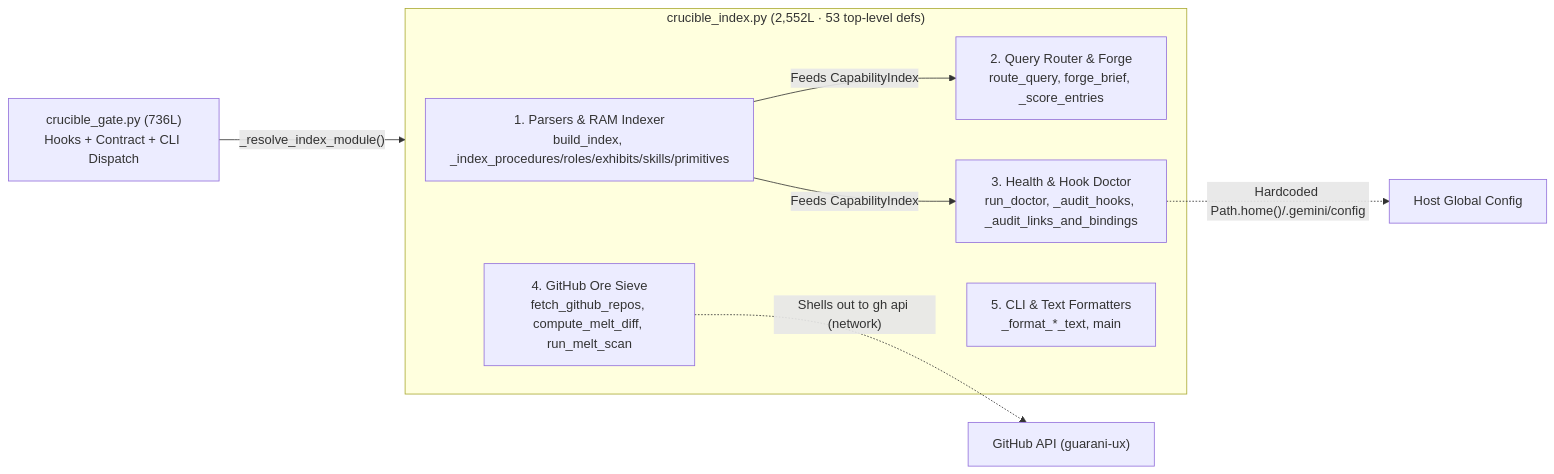
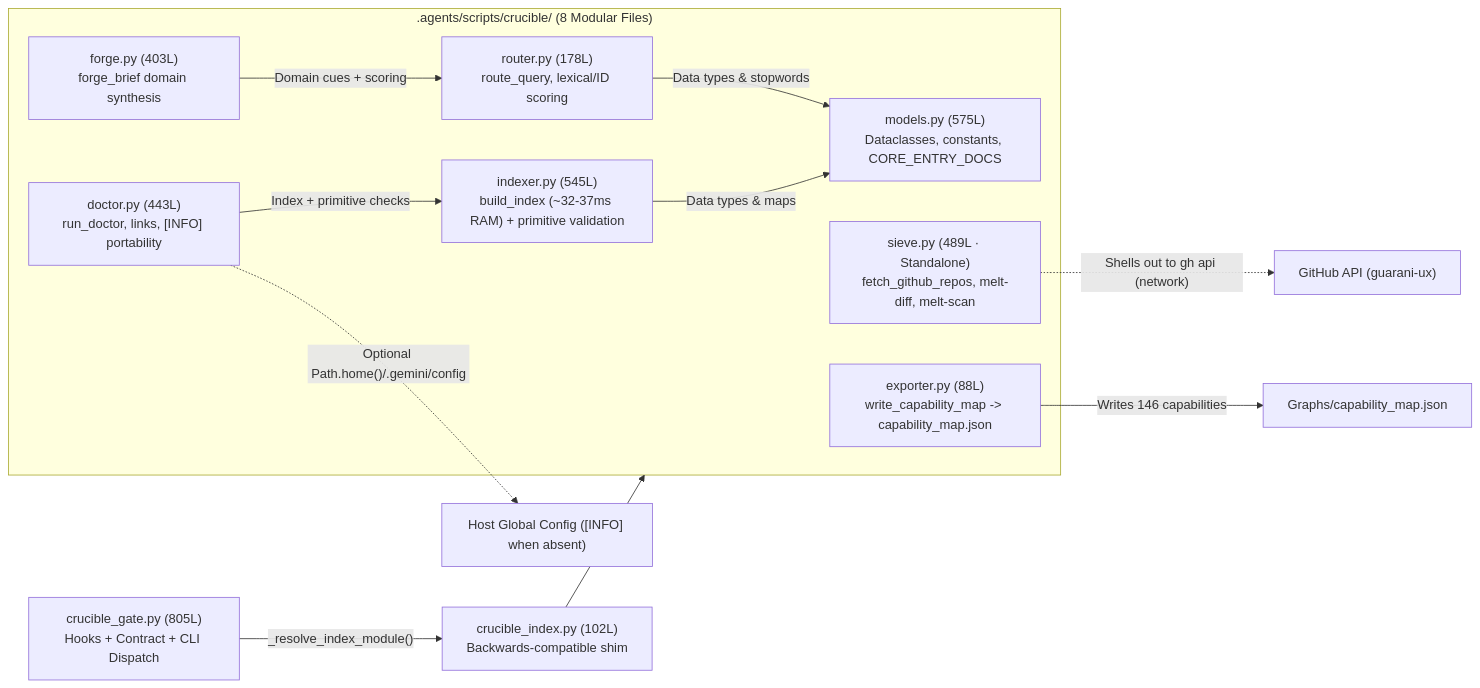
One commit to guarani-ux/Crucible-Domain changed the second of 2 diagrams in Graphs/01_System_Topology_and_Runtime.md. Above: the diagram before and after it, drawn with Mermaid. The commit also changed other lines of this file and 2 other files, not shown here.

Commit message:
Reconcile Graphs/00, 01, 03 with post-refactor architecture and line counts

````diff
--- a/Graphs/01_System_Topology_and_Runtime.md
+++ b/Graphs/01_System_Topology_and_Runtime.md
@@ -53,17 +53,23 @@
 ```mermaid
 flowchart LR
-    GATE["crucible_gate.py (736L)<br/>Hooks + Contract + CLI Dispatch"] -->|"_resolve_index_module()"| MONO
+    GATE["crucible_gate.py (805L)<br/>Hooks + Contract + CLI Dispatch"] -->|"_resolve_index_module()"| SHIM["crucible_index.py (102L)<br/>Backwards-compatible shim"]
 
-    subgraph MONO["crucible_index.py (2,552L · 53 top-level defs)"]
-        P1["1. Parsers & RAM Indexer<br/>build_index, _index_procedures/roles/exhibits/skills/primitives"]
-        P2["2. Query Router & Forge<br/>route_query, forge_brief, _score_entries"]
-        P3["3. Health & Hook Doctor<br/>run_doctor, _audit_hooks, _audit_links_and_bindings"]
-        P4["4. GitHub Ore Sieve<br/>fetch_github_repos, compute_melt_diff, run_melt_scan"]
-        P5["5. CLI & Text Formatters<br/>_format_*_text, main"]
+    subgraph PKG[".agents/scripts/crucible/ (8 Modular Files)"]
+        MOD["models.py (575L)<br/>Dataclasses, constants, CORE_ENTRY_DOCS"]
+        IDX["indexer.py (545L)<br/>build_index (~32-37ms RAM) + primitive validation"]
+        RTR["router.py (178L)<br/>route_query, lexical/ID scoring"]
+        FRG["forge.py (403L)<br/>forge_brief domain synthesis"]
+        DOC["doctor.py (443L)<br/>run_doctor, links, [INFO] portability"]
+        SIV["sieve.py (489L · Standalone)<br/>fetch_github_repos, melt-diff, melt-scan"]
+        EXP["exporter.py (88L)<br/>write_capability_map -> capability_map.json"]
     end
 
-    P1 -->|"Feeds CapabilityIndex"| P2
-    P1 -->|"Feeds CapabilityIndex"| P3
-    P3 -.->|"Hardcoded Path.home()/.gemini/config"| HOST["Host Global Config"]
-    P4 -.->|"Shells out to gh api (network)"| GH["GitHub API (guarani-ux)"]
+    SHIM --> PKG
+    IDX -->|"Data types & maps"| MOD
+    RTR -->|"Data types & stopwords"| MOD
+    FRG -->|"Domain cues + scoring"| RTR
+    DOC -->|"Index + primitive checks"| IDX
+    DOC -.->|"Optional Path.home()/.gemini/config"| HOST["Host Global Config ([INFO] when absent)"]
+    SIV -.->|"Shells out to gh api (network)"| GH["GitHub API (guarani-ux)"]
+    EXP -->|"Writes 146 capabilities"| MAP["Graphs/capability_map.json"]
 ```
````
